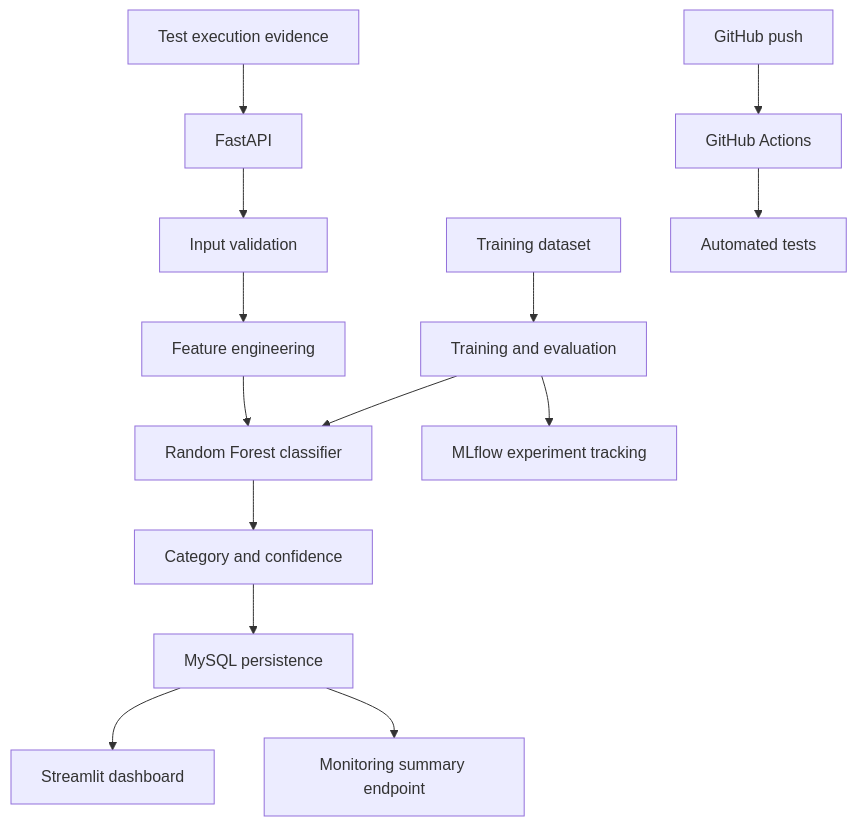
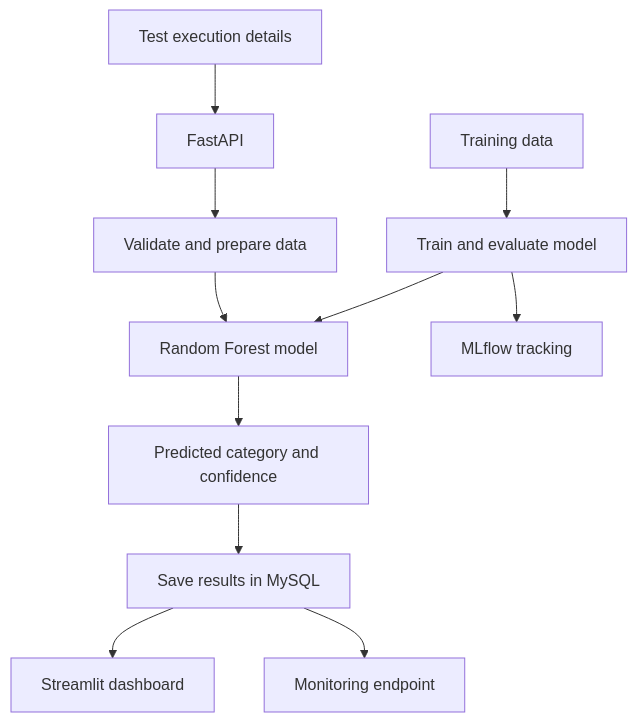
Before and after one commit to Benaruth22/ai-test-evidence-intelligence: the diagram in README.md, drawn with Mermaid. The commit also changed other lines of this file, not shown here.

Commit message:
Update README with Docker and monitoring documentation

````diff
--- a/README.md
+++ b/README.md
@@ -27,17 +26,14 @@
 ```mermaid
 flowchart TD
-    A[Test execution evidence] --> B[FastAPI]
-    B --> C[Input validation]
-    C --> D[Feature engineering]
-    D --> E[Random Forest classifier]
-    E --> F[Category and confidence]
-    F --> G[MySQL persistence]
-    G --> H[Streamlit dashboard]
-    G --> I[Monitoring summary endpoint]
+    A[Test execution details] --> B[FastAPI]
+    B --> C[Validate and prepare data]
+    C --> D[Random Forest model]
+    D --> E[Predicted category and confidence]
+    E --> F[Save results in MySQL]
+    F --> G[Streamlit dashboard]
+    F --> H[Monitoring endpoint]
 
-    J[Training dataset] --> K[Training and evaluation]
-    K --> E
-    K --> L[MLflow experiment tracking]
-    M[GitHub push] --> N[GitHub Actions]
-    N --> O[Automated tests]
+    I[Training data] --> J[Train and evaluate model]
+    J --> D
+    J --> K[MLflow tracking]
 ```
````
